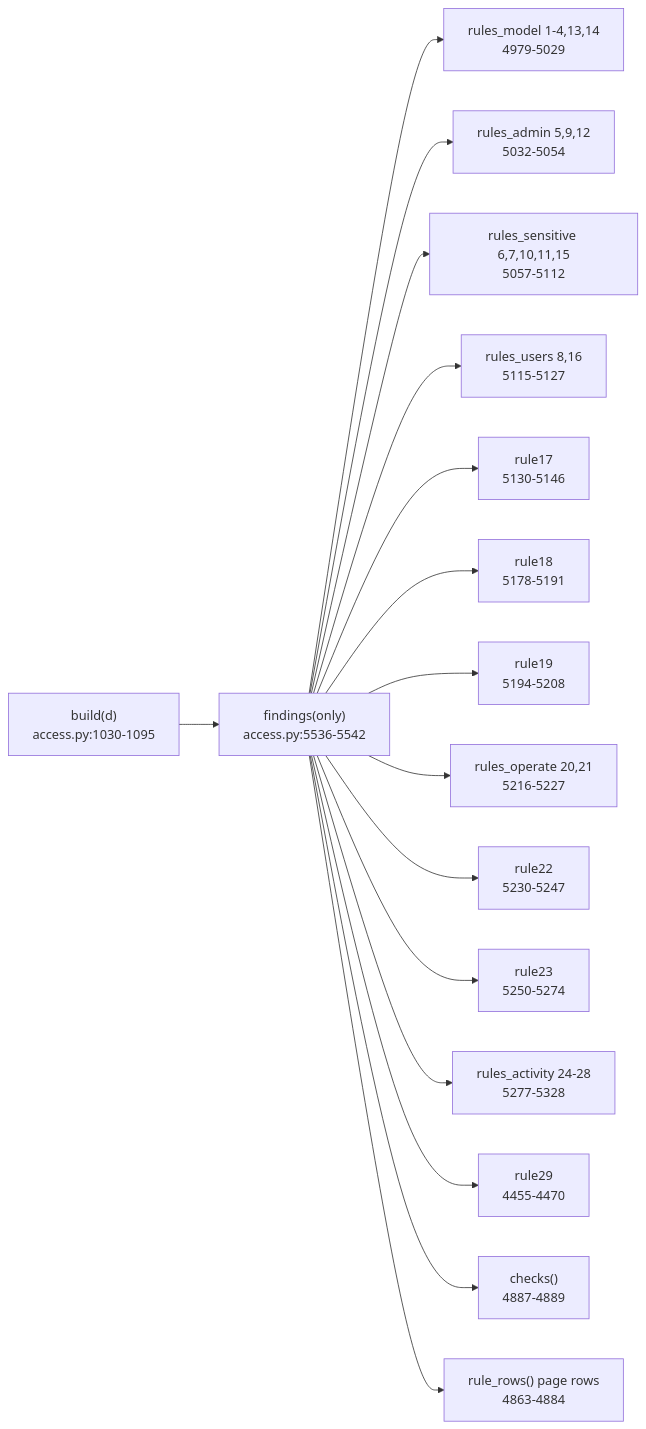
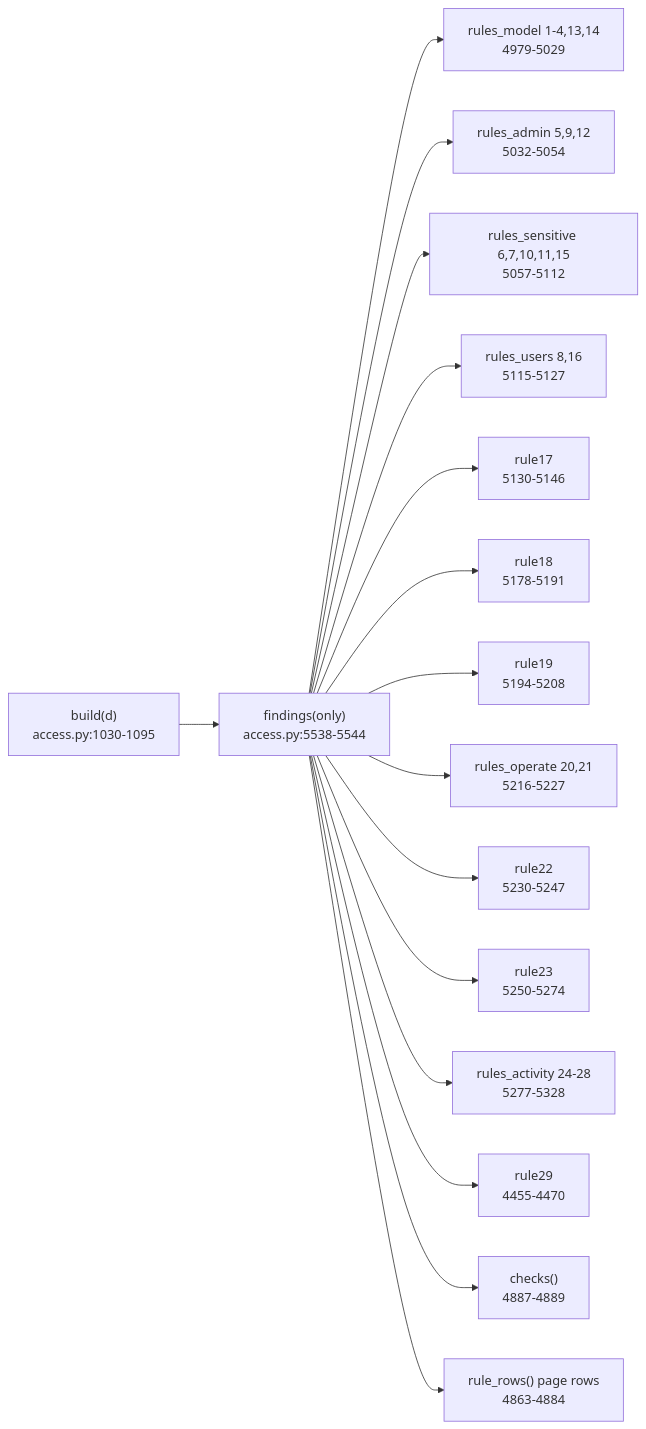
Before and after one commit to darshanmeel/snowflake-access-explorer: the diagram in snowflake-access-explorer-knowledge-graph/logic/rules.md, drawn with Mermaid. The commit also changed other lines of this file and 29 other files, not shown here.

Commit message:
Docs and knowledge graph: business time moves days, hours and weekends (dh, localize, TZ_HOURS)

````diff
--- a/snowflake-access-explorer-knowledge-graph/logic/rules.md
+++ b/snowflake-access-explorer-knowledge-graph/logic/rules.md
@@ -6,18 +6,18 @@
 ```mermaid
 flowchart LR
-  B["build(d)<br/>access.py:1030-1095"] --> F["findings(only)<br/>access.py:5536-5542"]
+  B["build(d)<br/>access.py:1030-1095"] --> F["findings(only)<br/>access.py:5538-5544"]
   F --> M["rules_model 1-4,13,14<br/>4979-5029"]
   F --> A["rules_admin 5,9,12<br/>5032-5054"]
   F --> S["rules_sensitive 6,7,10,11,15<br/>5057-5112"]
   F --> U["rules_users 8,16<br/>5115-5127"]
   F --> R17["rule17<br/>5130-5146"]
   F --> R18["rule18<br/>5178-5191"]
   F --> R19["rule19<br/>5194-5208"]
   F --> O["rules_operate 20,21<br/>5216-5227"]
   F --> R22["rule22<br/>5230-5247"]
   F --> R23["rule23<br/>5250-5274"]
   F --> RA["rules_activity 24-28<br/>5277-5328"]
   F --> R29["rule29<br/>4455-4470"]
   F --> C["checks()<br/>4887-4889"]
   F --> RR["rule_rows() page rows<br/>4863-4884"]
 ```
````
